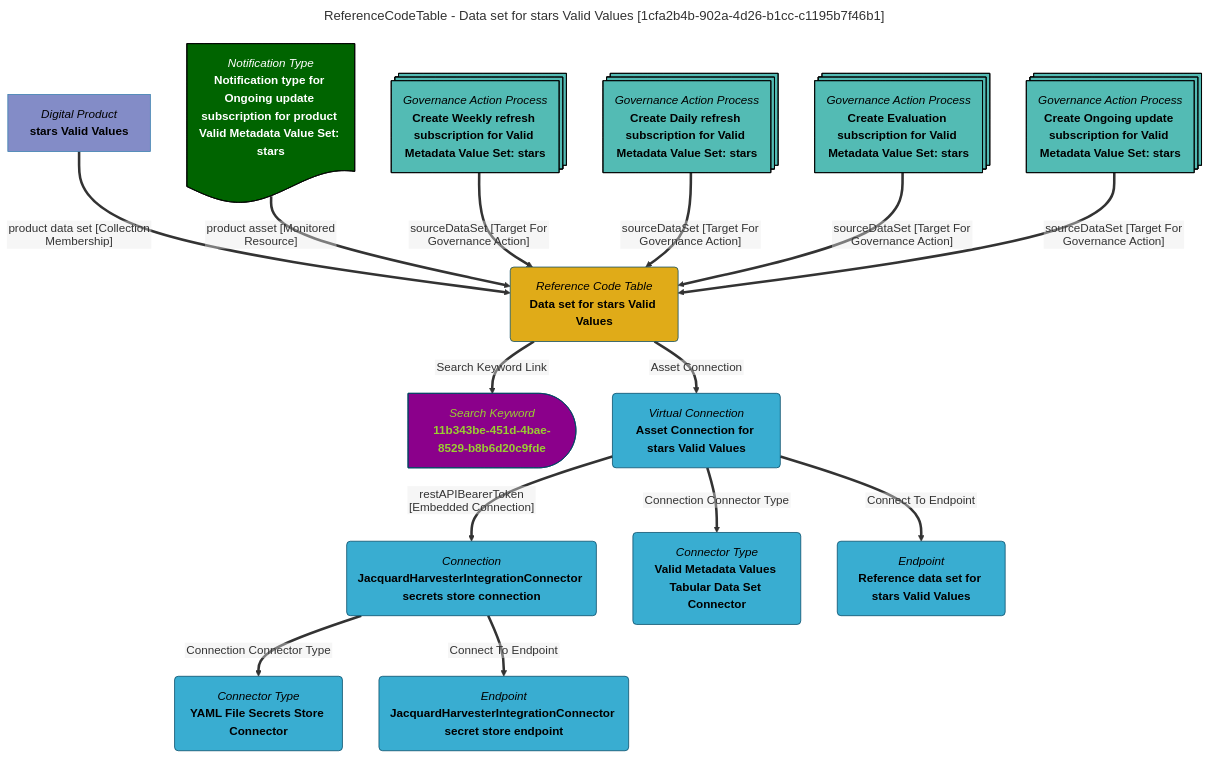
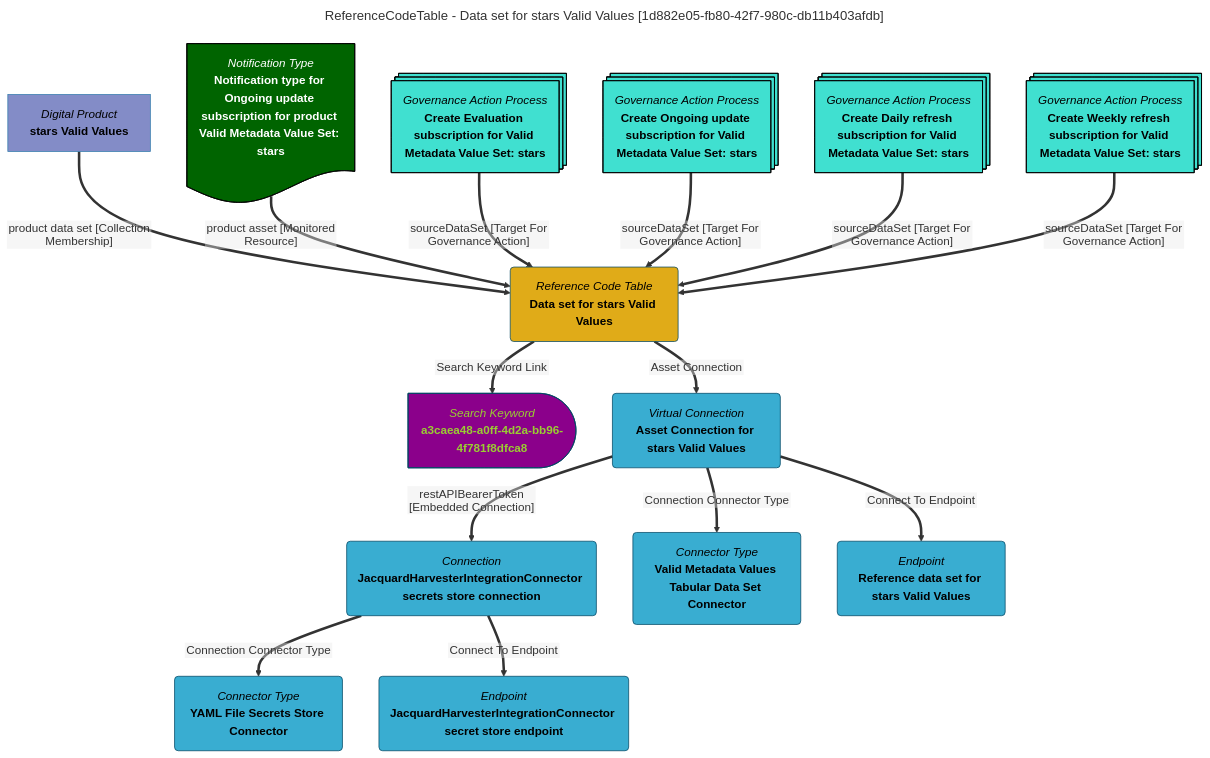
The diagram in site/snippets/data-assets/data-set-for-stars-valid-values-mermaid-graph.md (odpi/egeria-docs), drawn with Mermaid before and after one commit. The commit also changed 2201 other files, not shown here.

````diff
--- a/site/snippets/data-assets/data-set-for-stars-valid-values-mermaid-graph.md
+++ b/site/snippets/data-assets/data-set-for-stars-valid-values-mermaid-graph.md
@@ -1,63 +1,63 @@
 ```mermaid
 ---
-title: ReferenceCodeTable - Data set for stars Valid Values [1cfa2b4b-902a-4d26-b1cc-c1195b7f46b1]
+title: ReferenceCodeTable - Data set for stars Valid Values [1d882e05-fb80-42f7-980c-db11b403afdb]
 ---
 flowchart TD
 %%{init: {"flowchart": {"htmlLabels": false}} }%%
 
 1@{ shape: rounded, label: "*Reference Code Table*
 **Data set for stars Valid Values**"}
 2@{ shape: delay, label: "*Search Keyword*
-**11b343be-451d-4bae-8529-b8b6d20c9fde**"}
+**a3caea48-a0ff-4d2a-bb96-4f781f8dfca8**"}
 1==>|"Search Keyword Link"|2
 3@{ shape: rect, label: "*Digital Product*
 **stars Valid Values**"}
 3==>|"product data set [Collection Membership]"|1
 4@{ shape: rounded, label: "*Virtual Connection*
 **Asset Connection for stars Valid Values**"}
 1==>|"Asset Connection"|4
 5@{ shape: rounded, label: "*Connection*
 **JacquardHarvesterIntegrationConnector secrets store connection**"}
 4==>|"restAPIBearerToken [Embedded Connection]"|5
 6@{ shape: rounded, label: "*Connector Type*
 **YAML File Secrets Store Connector**"}
 5==>|"Connection Connector Type"|6
 7@{ shape: rounded, label: "*Endpoint*
 **JacquardHarvesterIntegrationConnector secret store endpoint**"}
 5==>|"Connect To Endpoint"|7
 8@{ shape: rounded, label: "*Connector Type*
 **Valid Metadata Values Tabular Data Set Connector**"}
 4==>|"Connection Connector Type"|8
 9@{ shape: rounded, label: "*Endpoint*
 **Reference data set for stars Valid Values**"}
 4==>|"Connect To Endpoint"|9
 10@{ shape: doc, label: "*Notification Type*
 **Notification type for Ongoing update subscription for product Valid Metadata Value Set: stars**"}
 10==>|"product asset [Monitored Resource]"|1
 11@{ shape: processes, label: "*Governance Action Process*
-**Create Weekly refresh subscription for Valid Metadata Value Set: stars**"}
+**Create Evaluation subscription for Valid Metadata Value Set: stars**"}
 11==>|"sourceDataSet [Target For Governance Action]"|1
 12@{ shape: processes, label: "*Governance Action Process*
-**Create Daily refresh subscription for Valid Metadata Value Set: stars**"}
+**Create Ongoing update subscription for Valid Metadata Value Set: stars**"}
 12==>|"sourceDataSet [Target For Governance Action]"|1
 13@{ shape: processes, label: "*Governance Action Process*
-**Create Evaluation subscription for Valid Metadata Value Set: stars**"}
+**Create Daily refresh subscription for Valid Metadata Value Set: stars**"}
 13==>|"sourceDataSet [Target For Governance Action]"|1
 14@{ shape: processes, label: "*Governance Action Process*
-**Create Ongoing update subscription for Valid Metadata Value Set: stars**"}
+**Create Weekly refresh subscription for Valid Metadata Value Set: stars**"}
 14==>|"sourceDataSet [Target For Governance Action]"|1
-style 11 color:#000000, fill:#53bbb4, stroke:#000000
-style 12 color:#000000, fill:#53bbb4, stroke:#000000
-style 13 color:#000000, fill:#53bbb4, stroke:#000000
-style 14 color:#000000, fill:#53bbb4, stroke:#000000
+style 11 color:#000000, fill:#40E0D0, stroke:#000000
+style 12 color:#000000, fill:#40E0D0, stroke:#000000
+style 13 color:#000000, fill:#40E0D0, stroke:#000000
+style 14 color:#000000, fill:#40E0D0, stroke:#000000
 style 1 color:#000000, fill:#e0ab18, stroke:#004563
-style 2 color:#9acd32, fill:#8b008b, stroke:#004563
+style 2 color:#9ACD32, fill:#8B008B, stroke:#004563
 style 3 color:#000000, fill:#838cc7, stroke:#3079ab
 style 4 color:#000000, fill:#39add1, stroke:#004563
 style 5 color:#000000, fill:#39add1, stroke:#004563
 style 6 color:#000000, fill:#39add1, stroke:#004563
 style 7 color:#000000, fill:#39add1, stroke:#004563
 style 8 color:#000000, fill:#39add1, stroke:#004563
 style 9 color:#000000, fill:#39add1, stroke:#004563
 style 10 color:#FFFFFF, fill:#006400, stroke:#000000
 ```
````
